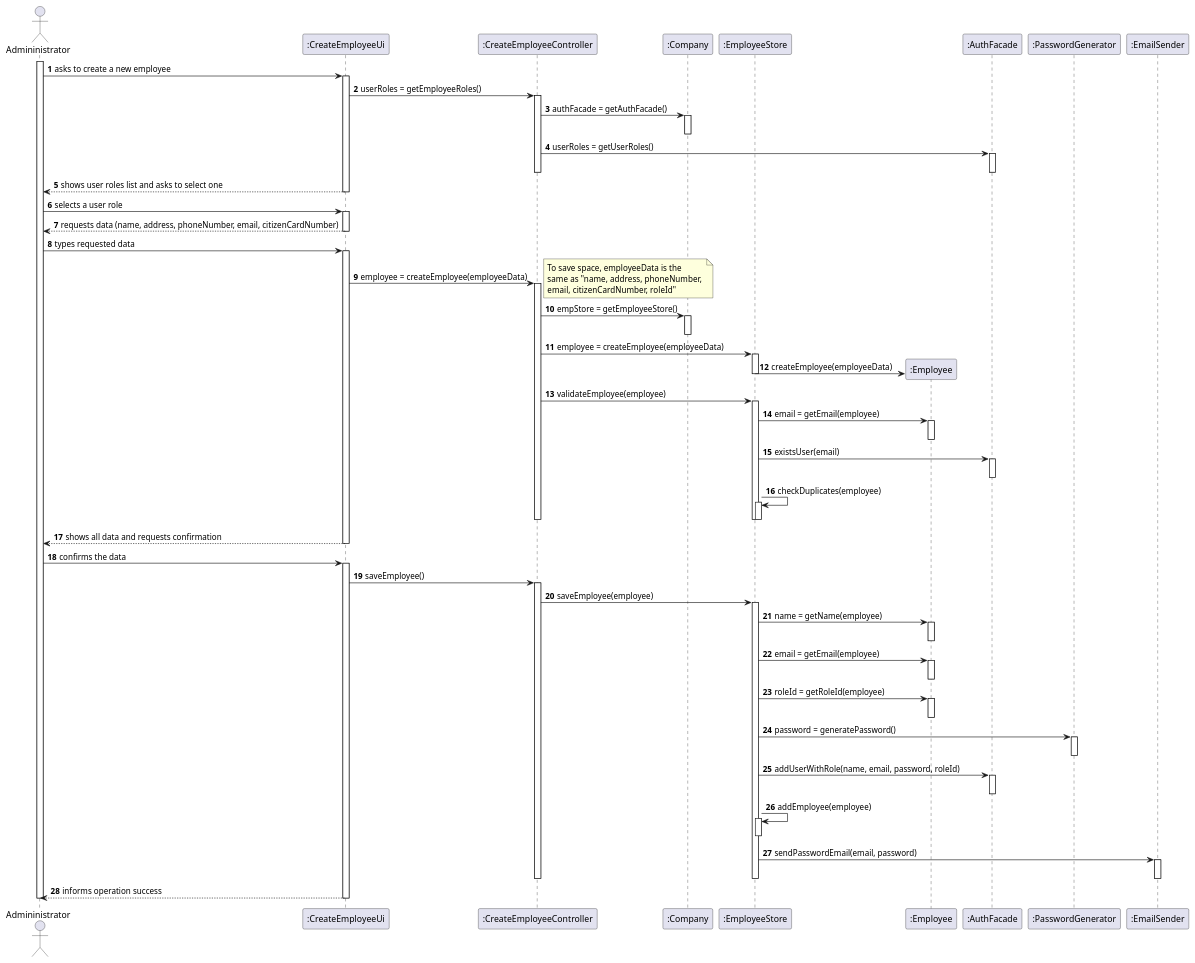
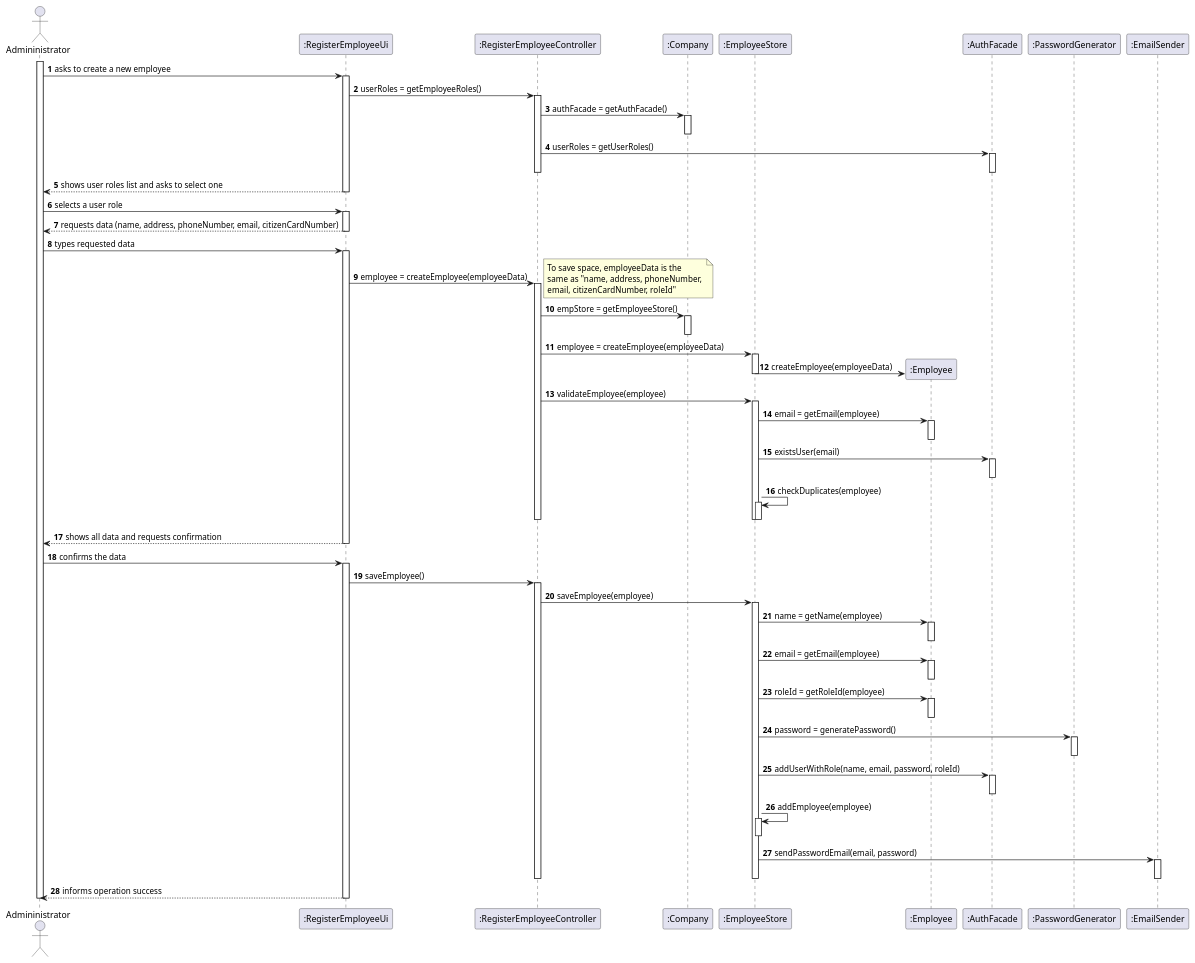
One commit to miseEnPlace-i/lapr2 changed the diagram in docs/SprintB/US10/SD/US10_SD.puml. Above: the diagram before and after it, drawn with PlantUML.

Commit message:
docs(us-10): updated sd - changed CreateEmployee to RegisterEmployee

```diff
--- a/docs/SprintB/US10/SD/US10_SD.puml
+++ b/docs/SprintB/US10/SD/US10_SD.puml
@@ -1,106 +1,106 @@
 @startuml US10_SD
 autonumber
 ' hide footbox
 actor "Admininistrator" as admin
 
-participant ":CreateEmployeeUi" as empUi
-participant ":CreateEmployeeController" as empController
+participant ":RegisterEmployeeUi" as empUi
+participant ":RegisterEmployeeController" as empController
 participant ":Company" as comp
 participant ":EmployeeStore" as empStore
 participant ":Employee" as emp
 participant ":AuthFacade" as authFacade
 participant ":PasswordGenerator" as passGen
 participant  ":EmailSender" as emailSend
 
 activate admin
 
 admin -> empUi : asks to create a new employee
 
 activate empUi
     empUi -> empController : userRoles = getEmployeeRoles()
     activate empController
         empController -> comp : authFacade = getAuthFacade()
         activate comp
         deactivate comp
         empController -> authFacade : userRoles = getUserRoles()
         activate authFacade
         deactivate authFacade
     deactivate empController
     empUi --> admin : shows user roles list and asks to select one
 deactivate empUi
 
 admin -> empUi : selects a user role
 
 activate empUi
     empUi --> admin : requests data (name, address, phoneNumber, email, citizenCardNumber)
 deactivate empUi
 
 admin -> empUi : types requested data
 
 activate empUi
     empUi -> empController : employee = createEmployee(employeeData)
     note right
         To save space, employeeData is the 
         same as "name, address, phoneNumber, 
         email, citizenCardNumber, roleId"
     end note
     activate empController
         empController -> comp : empStore = getEmployeeStore()
         activate comp
         deactivate comp
         empController -> empStore : employee = createEmployee(employeeData)
         activate empStore
             empStore -> emp** : createEmployee(employeeData)
         deactivate empStore
         empController -> empStore : validateEmployee(employee)
         activate empStore
             empStore -> emp : email = getEmail(employee)
             activate emp
             deactivate emp
             empStore -> authFacade : existsUser(email)
             activate authFacade
             deactivate authFacade
             empStore -> empStore : checkDuplicates(employee)
             activate empStore
             deactivate empStore
         deactivate empStore
     deactivate empController
     empUi --> admin : shows all data and requests confirmation
 deactivate empUi
             
 admin -> empUi : confirms the data
 
 activate empUi
     empUi -> empController : saveEmployee()
     activate empController
         empController -> empStore : saveEmployee(employee)
         activate empStore
             empStore -> emp : name = getName(employee)
             activate emp
             deactivate emp
             empStore -> emp : email = getEmail(employee)
             activate emp
             deactivate emp
             empStore -> emp : roleId = getRoleId(employee)
             activate emp
             deactivate emp
             empStore -> passGen : password = generatePassword()
             activate passGen
             deactivate passGen
             empStore -> authFacade : addUserWithRole(name, email, password, roleId)
             activate authFacade
             deactivate authFacade
             empStore -> empStore : addEmployee(employee)
             activate empStore
             deactivate empStore
             empStore -> emailSend : sendPasswordEmail(email, password)
             activate emailSend
             deactivate emailSend
         deactivate empStore
     deactivate empController
     empUi --> admin : informs operation success
 deactivate empUi
 
 deactivate admin
 
 @enduml
```
